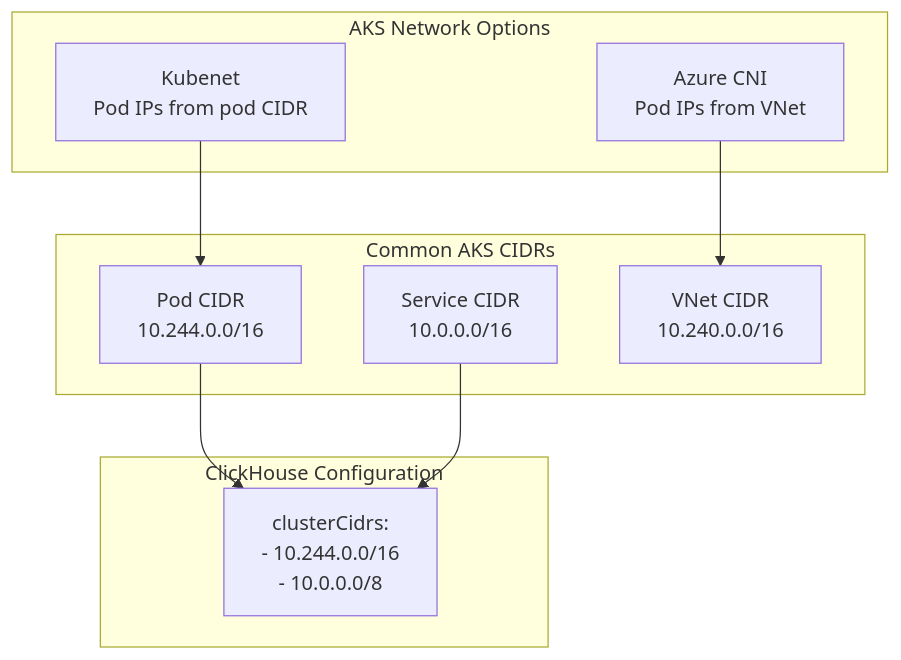
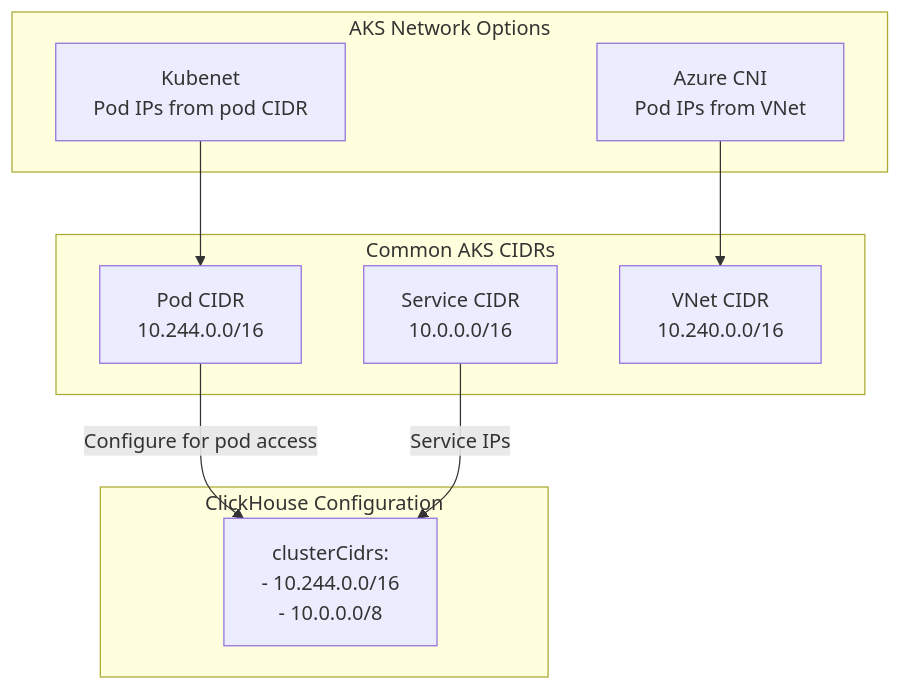
One commit to openchoreo/openchoreo changed the fifth of 7 diagrams in docs/hyperdxio-helm-charts-docs/Cloud-Provider-Specific-Configurations.md. Above: the diagram before and after it, drawn with Mermaid. The commit also changed other lines of this file and 85 other files, not shown here.

Commit message:
feat: Add new workflow and specification templates, update Helm chart dependencies, and clarify documentation diagrams.

````diff
--- a/docs/hyperdxio-helm-charts-docs/Cloud-Provider-Specific-Configurations.md
+++ b/docs/hyperdxio-helm-charts-docs/Cloud-Provider-Specific-Configurations.md
@@ -335,30 +335,30 @@
 ```mermaid
 flowchart TD
 
 AzureCNI["Azure CNI<br>Pod IPs from VNet"]
 Kubenet["Kubenet<br>Pod IPs from pod CIDR"]
 PodCIDR["Pod CIDR<br>10.244.0.0/16"]
 ServiceCIDR["Service CIDR<br>10.0.0.0/16"]
 VNetCIDR["VNet CIDR<br>10.240.0.0/16"]
 CHAccess["clusterCidrs:<br>- 10.244.0.0/16<br>- 10.0.0.0/8"]
 
 Kubenet --> PodCIDR
 AzureCNI --> VNetCIDR
-PodCIDR --> CHAccess
-ServiceCIDR --> CHAccess
+PodCIDR -->|"Configure for pod access"| CHAccess
+ServiceCIDR -->|"Service IPs"| CHAccess
 
 subgraph subGraph2 ["ClickHouse Configuration"]
     CHAccess
 end
 
 subgraph subGraph1 ["Common AKS CIDRs"]
     PodCIDR
     ServiceCIDR
     VNetCIDR
 end
 
 subgraph subGraph0 ["AKS Network Options"]
     AzureCNI
     Kubenet
 end
 ```
````
